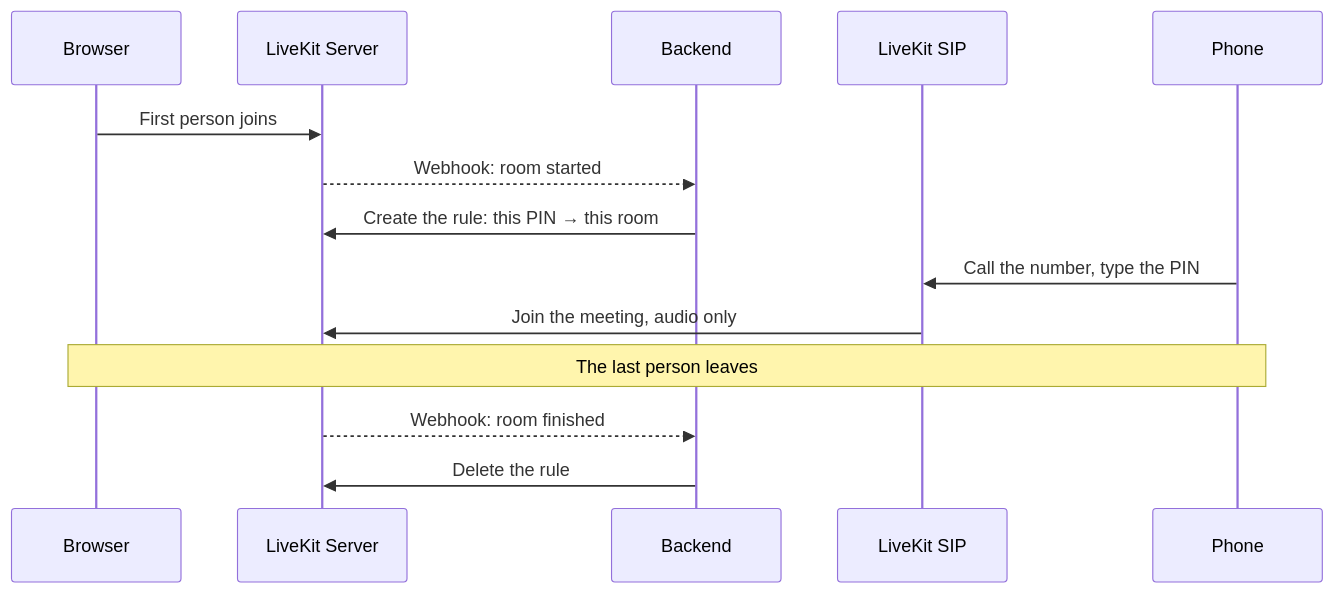
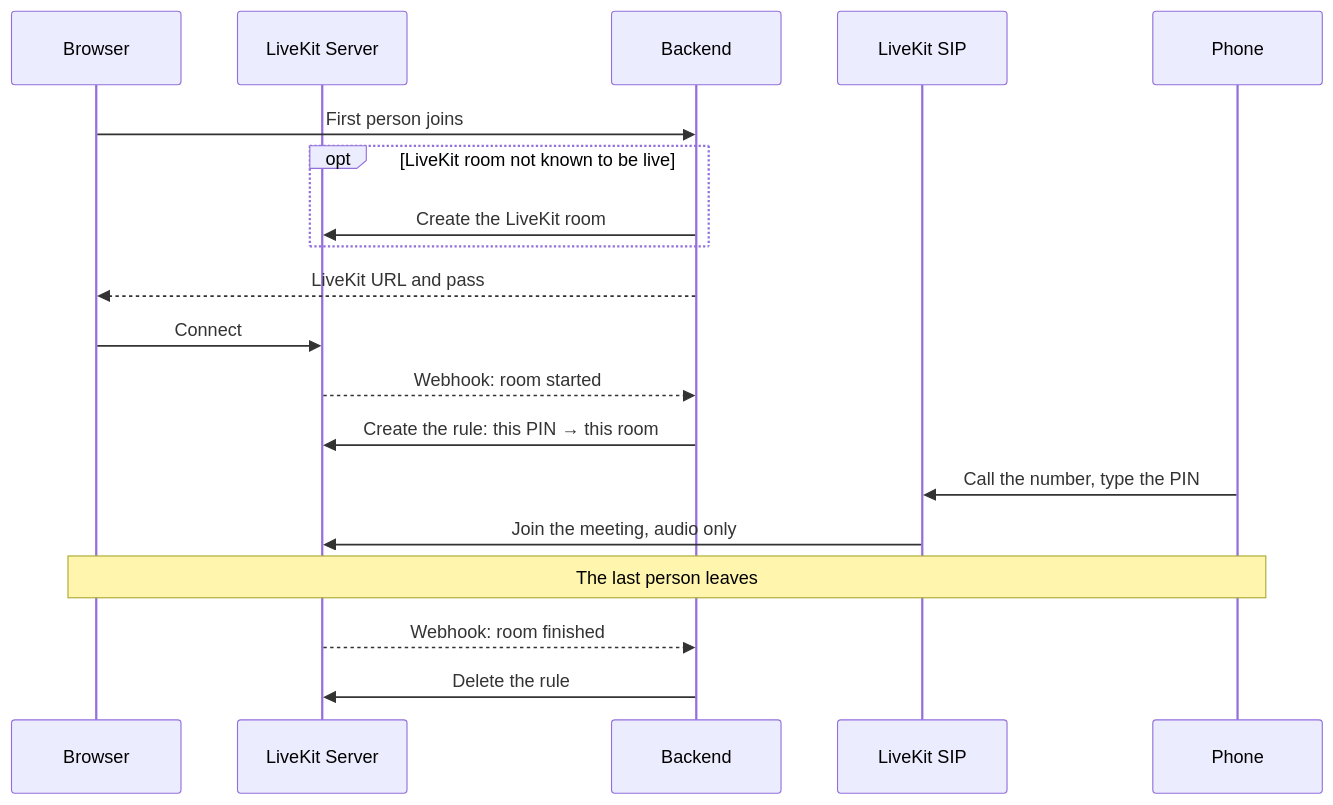
Before and after one commit to suitenumerique/meet: the sixth of 6 diagrams in docs/overview/how-meet-works.md, drawn with Mermaid. The commit also changed other lines of this file and 13 other files, not shown here.

````diff
--- a/docs/overview/how-meet-works.md
+++ b/docs/overview/how-meet-works.md
@@ -271,17 +273,22 @@
 ```mermaid
 sequenceDiagram
     participant B as Browser
     participant LK as LiveKit Server
     participant BE as Backend
     participant SIP as LiveKit SIP
     participant P as Phone
 
-    B->>LK: First person joins
+    B->>BE: First person joins
+    opt LiveKit room not known to be live
+        BE->>LK: Create the LiveKit room
+    end
+    BE-->>B: LiveKit URL and pass
+    B->>LK: Connect
     LK-->>BE: Webhook: room started
     BE->>LK: Create the rule: this PIN → this room
     P->>SIP: Call the number, type the PIN
     SIP->>LK: Join the meeting, audio only
     Note over B,P: The last person leaves
     LK-->>BE: Webhook: room finished
     BE->>LK: Delete the rule
 ```
````
